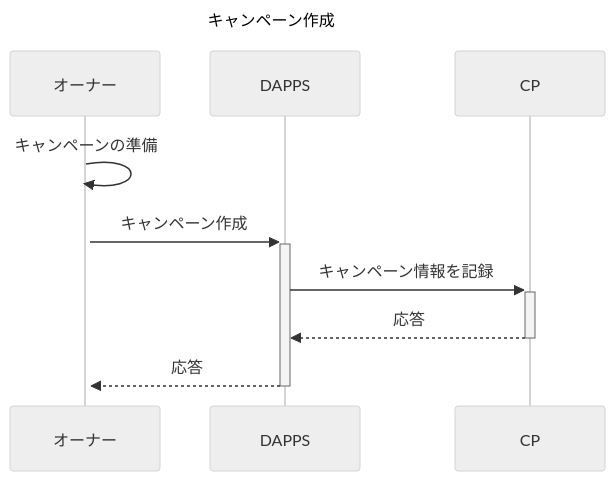
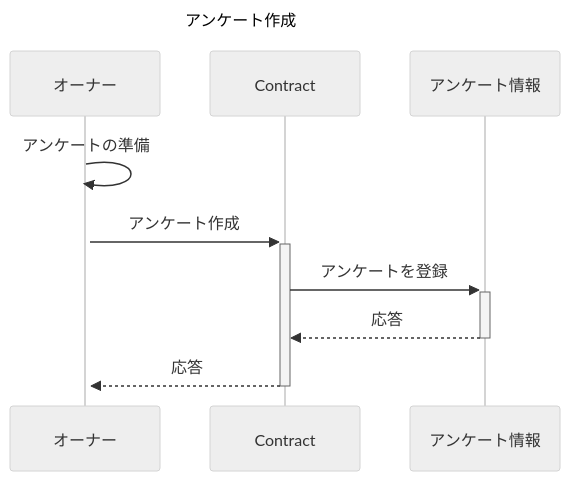
Before and after one commit to PLUSPLUS-JP/crypto-vote: the diagram in sequence-diagram/create-questionnaire.mmd, drawn with Mermaid (neutral theme). The commit also changed 6 other files, not shown here.

```diff
--- a/sequence-diagram/create-questionnaire.mmd
+++ b/sequence-diagram/create-questionnaire.mmd
@@ -1,11 +1,12 @@
 sequenceDiagram
-Title: キャンペーン作成
+Title: アンケート作成
 participant OW AS オーナー
-participant DAPPS
+participant DAPPS AS Contract
+participant CP AS アンケート情報
 
-OW ->>+ OW: キャンペーンの準備
+OW ->>+ OW: アンケートの準備
 
-OW ->>+ DAPPS: キャンペーン作成
-    DAPPS ->>+ CP: キャンペーン情報を記録
+OW ->>+ DAPPS: アンケート作成
+    DAPPS ->>+ CP: アンケートを登録
     CP -->>- DAPPS : 応答
 DAPPS -->>- OW : 応答
```
